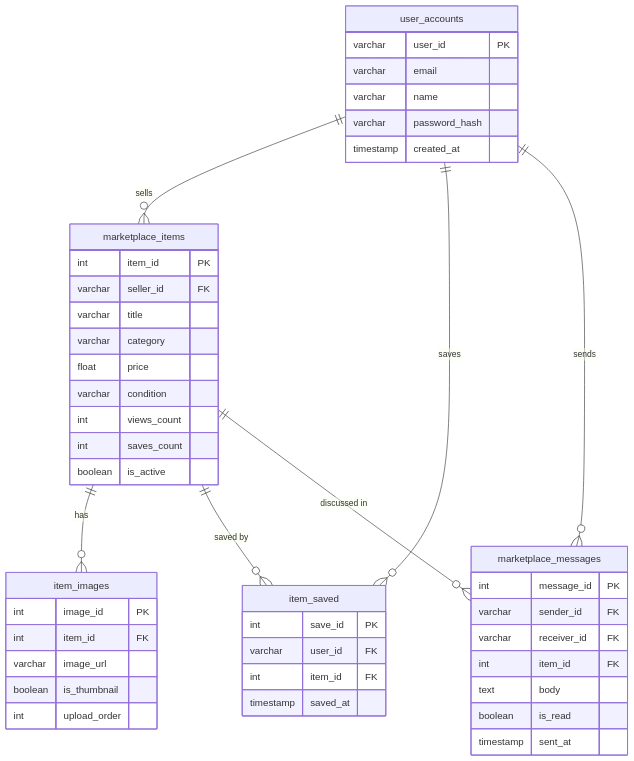
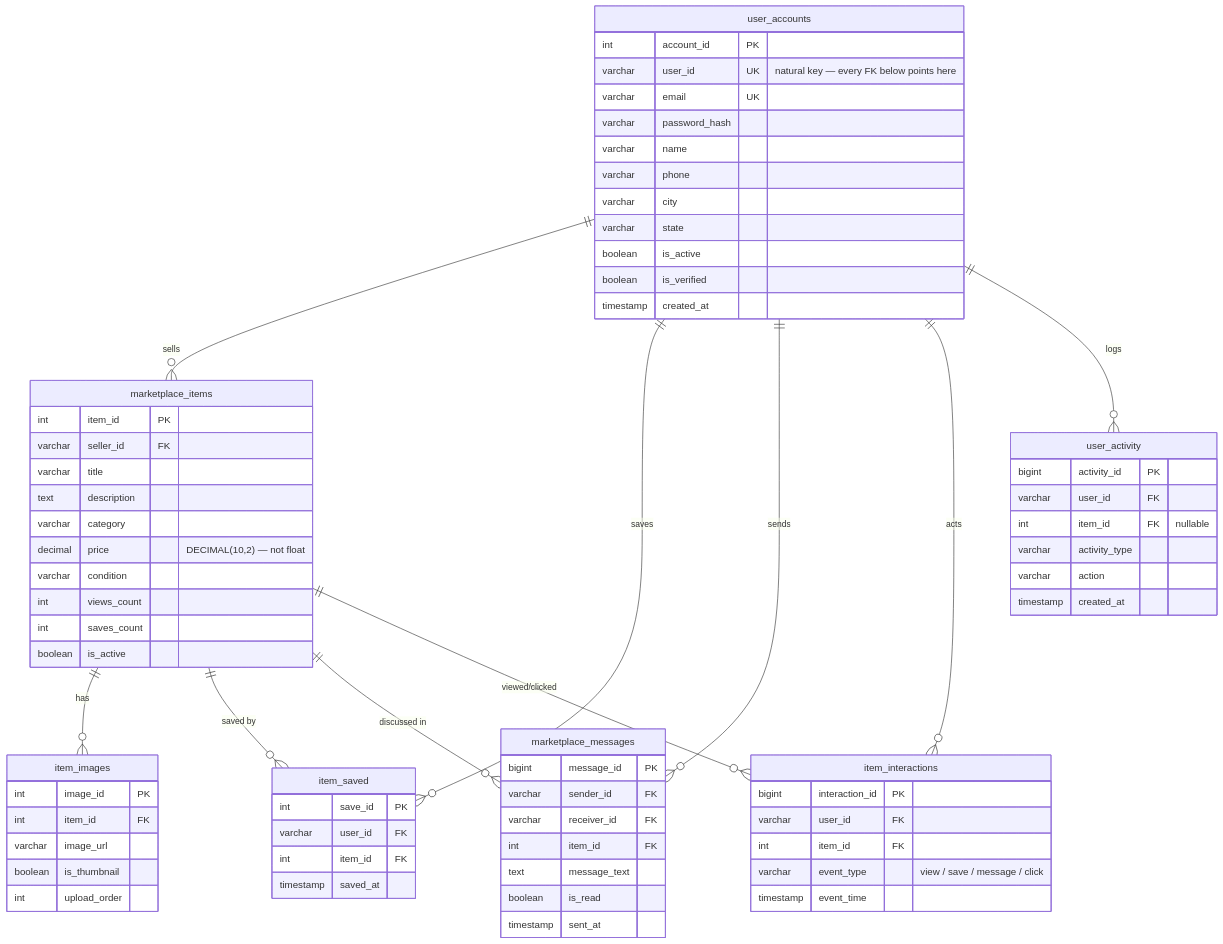
The fourth of 4 diagrams in README.md (meghnanag2/electrohub-distributed-marketplace), drawn with Mermaid before and after one commit. The commit also changed other lines of this file, not shown here.

````diff
--- a/README.md
+++ b/README.md
@@ -239,54 +386,81 @@
 ```mermaid
 erDiagram
     user_accounts {
-        varchar user_id PK
-        varchar email
+        int account_id PK
+        varchar user_id UK "natural key — every FK below points here"
+        varchar email UK
+        varchar password_hash
         varchar name
-        varchar password_hash
+        varchar phone
+        varchar city
+        varchar state
+        boolean is_active
+        boolean is_verified
         timestamp created_at
     }
 
     marketplace_items {
         int item_id PK
         varchar seller_id FK
         varchar title
+        text description
         varchar category
-        float price
+        decimal price "DECIMAL(10,2) — not float"
         varchar condition
         int views_count
         int saves_count
         boolean is_active
     }
 
     item_images {
         int image_id PK
         int item_id FK
         varchar image_url
         boolean is_thumbnail
         int upload_order
     }
 
     item_saved {
         int save_id PK
         varchar user_id FK
         int item_id FK
         timestamp saved_at
     }
 
     marketplace_messages {
-        int message_id PK
+        bigint message_id PK
         varchar sender_id FK
         varchar receiver_id FK
         int item_id FK
-        text body
+        text message_text
         boolean is_read
         timestamp sent_at
+    }
+
+    item_interactions {
+        bigint interaction_id PK
+        varchar user_id FK
+        int item_id FK
+        varchar event_type "view / save / message / click"
+        timestamp event_time
+    }
+
+    user_activity {
+        bigint activity_id PK
+        varchar user_id FK
+        int item_id FK "nullable"
+        varchar activity_type
+        varchar action
+        timestamp created_at
     }
 
     user_accounts ||--o{ marketplace_items : "sells"
     user_accounts ||--o{ item_saved : "saves"
     user_accounts ||--o{ marketplace_messages : "sends"
+    user_accounts ||--o{ item_interactions : "acts"
+    user_accounts ||--o{ user_activity : "logs"
     marketplace_items ||--o{ item_images : "has"
     marketplace_items ||--o{ item_saved : "saved by"
     marketplace_items ||--o{ marketplace_messages : "discussed in"
+    marketplace_items ||--o{ item_interactions : "viewed/clicked"
 ```
````
